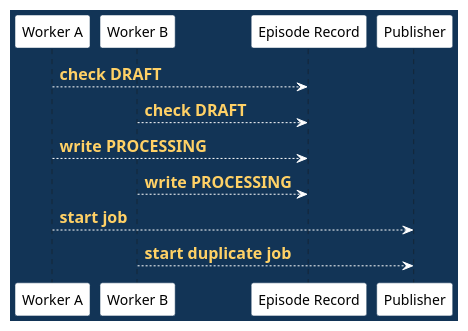
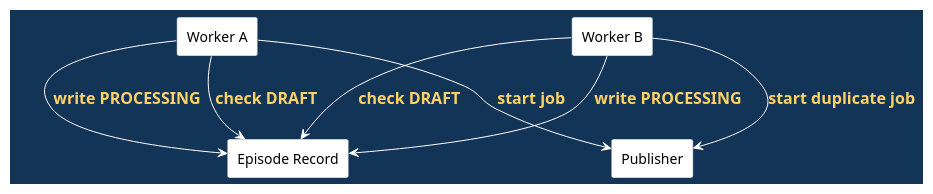
The fifth of 14 diagrams in doc/lectures/week4/validating_fixes/README.slides.adoc (madajaju/CS5254), drawn with PlantUML before and after one commit. The commit also changed other lines of this file and 74 other files, not shown here.

```diff
--- a/doc/lectures/week4/validating_fixes/README.slides.adoc
+++ b/doc/lectures/week4/validating_fixes/README.slides.adoc
@@ -172,34 +172,34 @@
 [plantuml,failure-interleaving,svg,width=100%]
 ----
 @startuml
 skinparam BackgroundColor #123456
 skinparam DefaultFontColor black
 skinparam ArrowColor white
 skinparam ArrowFontColor #ffd166
 skinparam ArrowFontStyle bold
 skinparam ArrowFontSize 16
 skinparam shadowing false
 skinparam LifeLineBorderColor white
 skinparam LifeLineBackgroundColor white
 skinparam ParticipantBorderColor #123456
 skinparam ParticipantBackgroundColor white
 skinparam ParticipantFontColor black
 skinparam rectangle {
   BackgroundColor white
   FontColor black
   BorderColor #123456
 }
 
-participant "Worker A" as A
-participant "Worker B" as B
-participant "Episode Record" as R
-participant "Publisher" as P
+rectangle "Worker A" as A
+rectangle "Worker B" as B
+rectangle "Episode Record" as R
+rectangle "Publisher" as P
 
 A --> R : check DRAFT
 B --> R : check DRAFT
 A --> R : write PROCESSING
 B --> R : write PROCESSING
 A --> P : start job
 B --> P : start duplicate job
 @enduml
 ----
```
